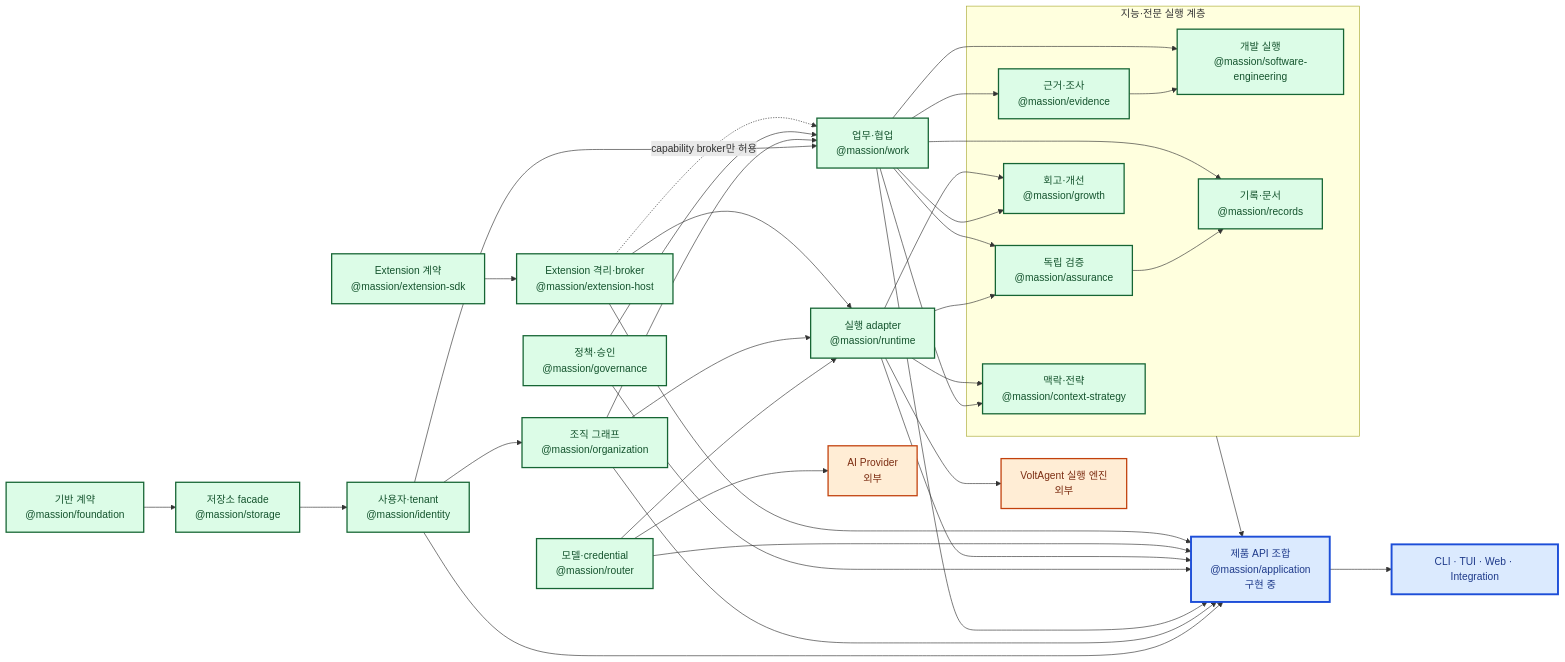
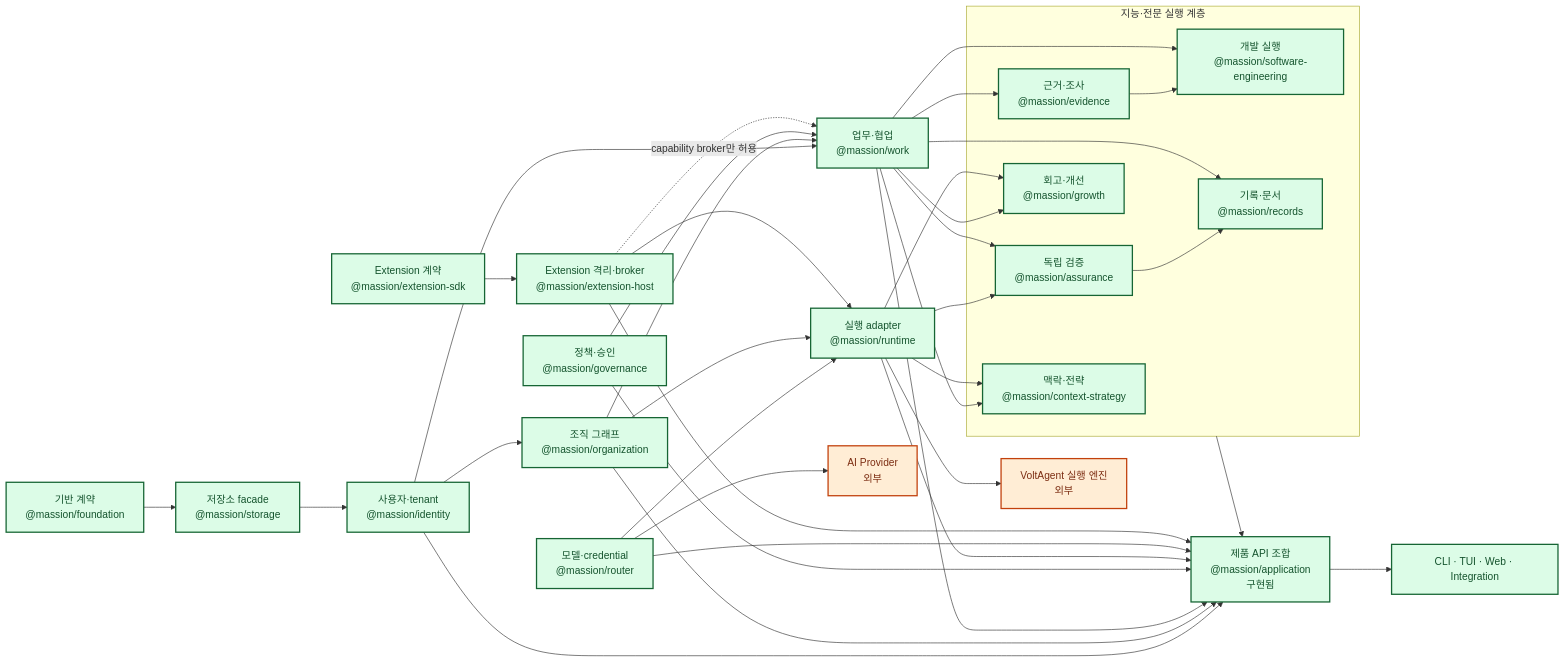
Before and after one commit to jabdori/massion: the second of 10 diagrams in docs/architecture/README.md, drawn with Mermaid. The commit also changed other lines of this file and 43 other files, not shown here.

````diff
--- a/docs/architecture/README.md
+++ b/docs/architecture/README.md
@@ -104,66 +104,66 @@
 ```mermaid
 flowchart LR
   classDef implemented fill:#dcfce7,stroke:#166534,color:#14532d,stroke-width:2px;
   classDef implementing fill:#dbeafe,stroke:#1d4ed8,color:#1e3a8a,stroke-width:3px;
   classDef planned fill:#f3f4f6,stroke:#6b7280,color:#374151,stroke-width:1px,stroke-dasharray:5 5;
   classDef external fill:#ffedd5,stroke:#c2410c,color:#7c2d12,stroke-width:2px;
 
   Foundation["기반 계약<br/>@massion/foundation"]:::implemented
   Storage["저장소 facade<br/>@massion/storage"]:::implemented
   Identity["사용자·tenant<br/>@massion/identity"]:::implemented
   Organization["조직 그래프<br/>@massion/organization"]:::implemented
   Work["업무·협업<br/>@massion/work"]:::implemented
   Governance["정책·승인<br/>@massion/governance"]:::implemented
   Router["모델·credential<br/>@massion/router"]:::implemented
   Runtime["실행 adapter<br/>@massion/runtime"]:::implemented
 
   subgraph Intelligence["지능·전문 실행 계층"]
     Context["맥락·전략<br/>@massion/context-strategy"]:::implemented
     Evidence["근거·조사<br/>@massion/evidence"]:::implemented
     Engineering["개발 실행<br/>@massion/software-engineering"]:::implemented
     Assurance["독립 검증<br/>@massion/assurance"]:::implemented
     Records["기록·문서<br/>@massion/records"]:::implemented
     Growth["회고·개선<br/>@massion/growth"]:::implemented
   end
 
   ExtSDK["Extension 계약<br/>@massion/extension-sdk"]:::implemented
   ExtHost["Extension 격리·broker<br/>@massion/extension-host"]:::implemented
-  Application["제품 API 조합<br/>@massion/application<br/>구현 중"]:::implementing
-  Surfaces["CLI · TUI · Web · Integration"]:::implementing
+  Application["제품 API 조합<br/>@massion/application<br/>구현됨"]:::implemented
+  Surfaces["CLI · TUI · Web · Integration"]:::implemented
   VoltAgent["VoltAgent 실행 엔진<br/>외부"]:::external
   Provider["AI Provider<br/>외부"]:::external
 
   Foundation --> Storage
   Storage --> Identity
   Identity --> Organization
   Identity --> Work
   Organization --> Work
   Governance --> Work
   Router --> Runtime
   Organization --> Runtime
   Work --> Context
   Runtime --> Context
   Work --> Evidence
   Evidence --> Engineering
   Work --> Engineering
   Runtime --> Assurance
   Work --> Assurance
   Assurance --> Records
   Work --> Records
   Work --> Growth
   Runtime --> Growth
   ExtSDK --> ExtHost
   ExtHost --> Runtime
   ExtHost -. "capability broker만 허용" .-> Work
   Runtime --> VoltAgent
   Router --> Provider
   Identity --> Application
   Organization --> Application
   Work --> Application
   Governance --> Application
   Runtime --> Application
   Router --> Application
   Intelligence --> Application
   ExtHost --> Application
   Application --> Surfaces
 ```
````
